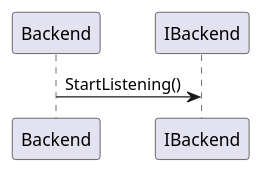
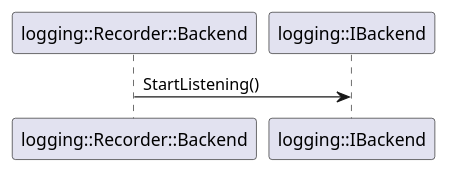
The diagram in plantuml/parser/integration_test/cross_diagram/linking_three_diagrams/sequence_diagram.puml (eclipse-score/tooling), drawn with PlantUML before and after one commit. The commit also changed 82 other files, not shown here.

Commit message:
[plantuml tooling] refactor sequence diagram uid

```diff
--- a/plantuml/parser/integration_test/cross_diagram/linking_three_diagrams/sequence_diagram.puml
+++ b/plantuml/parser/integration_test/cross_diagram/linking_three_diagrams/sequence_diagram.puml
@@ -13,5 +13,5 @@
 @startuml
-participant "Backend" as Backend
-participant IBackend
+participant "logging::Recorder::Backend" as Backend
+participant "logging::IBackend" as IBackend
 Backend -> IBackend : StartListening()
 @enduml
```
